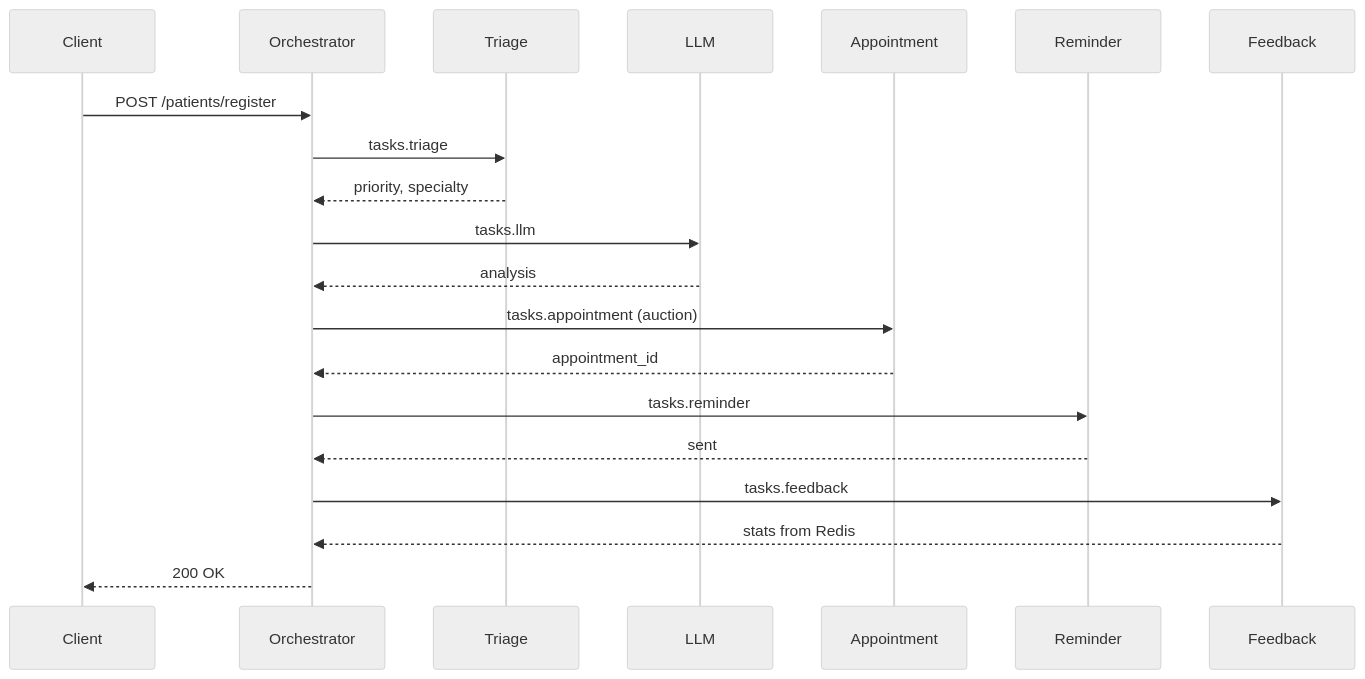
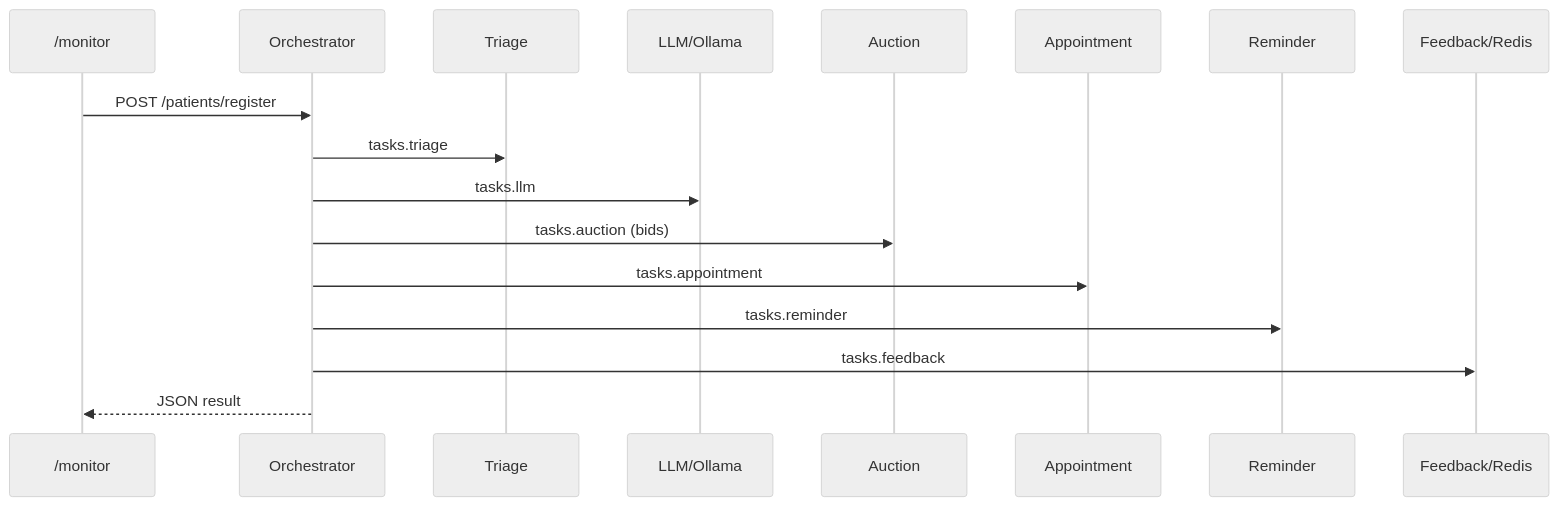
The diagram in README.md (vadeetar/Laba-13), drawn with Mermaid (neutral theme) before and after one commit. The commit also changed other lines of this file and 17 other files, not shown here.

````diff
--- a/README.md
+++ b/README.md
@@ -29,22 +69,19 @@
 ```mermaid
 sequenceDiagram
-    participant Client
-    participant Orchestrator
+    participant UI as /monitor
+    participant Orch as Orchestrator
     participant Triage
-    participant LLM
-    participant Appointment
-    participant Reminder
-    participant Feedback
-    Client->>Orchestrator: POST /patients/register
-    Orchestrator->>Triage: tasks.triage
-    Triage-->>Orchestrator: priority, specialty
-    Orchestrator->>LLM: tasks.llm
-    LLM-->>Orchestrator: analysis
-    Orchestrator->>Appointment: tasks.appointment (auction)
-    Appointment-->>Orchestrator: appointment_id
-    Orchestrator->>Reminder: tasks.reminder
-    Reminder-->>Orchestrator: sent
-    Orchestrator->>Feedback: tasks.feedback
-    Feedback-->>Orchestrator: stats from Redis
-    Orchestrator-->>Client: 200 OK
+    participant LLM as LLM/Ollama
+    participant Auction
+    participant Appt as Appointment
+    participant Rem as Reminder
+    participant Feed as Feedback/Redis
+    UI->>Orch: POST /patients/register
+    Orch->>Triage: tasks.triage
+    Orch->>LLM: tasks.llm
+    Orch->>Auction: tasks.auction (bids)
+    Orch->>Appt: tasks.appointment
+    Orch->>Rem: tasks.reminder
+    Orch->>Feed: tasks.feedback
+    Orch-->>UI: JSON result
 ```
````
